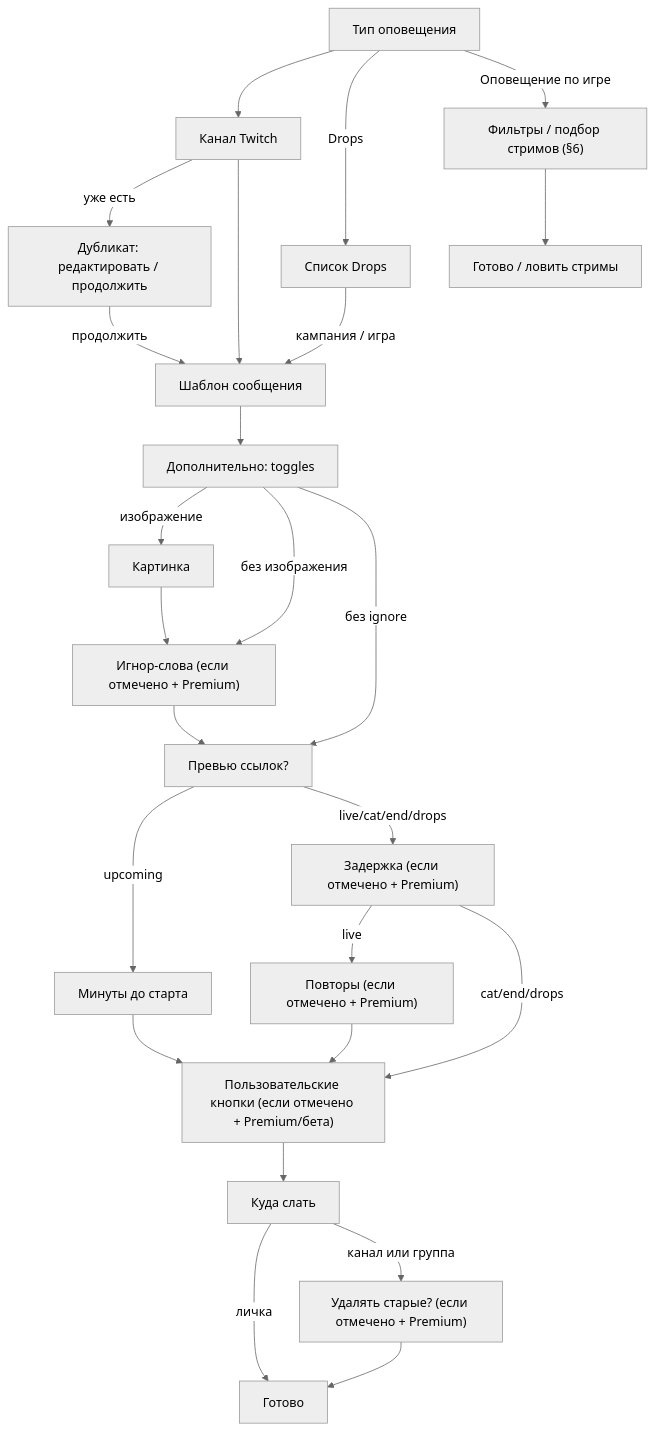
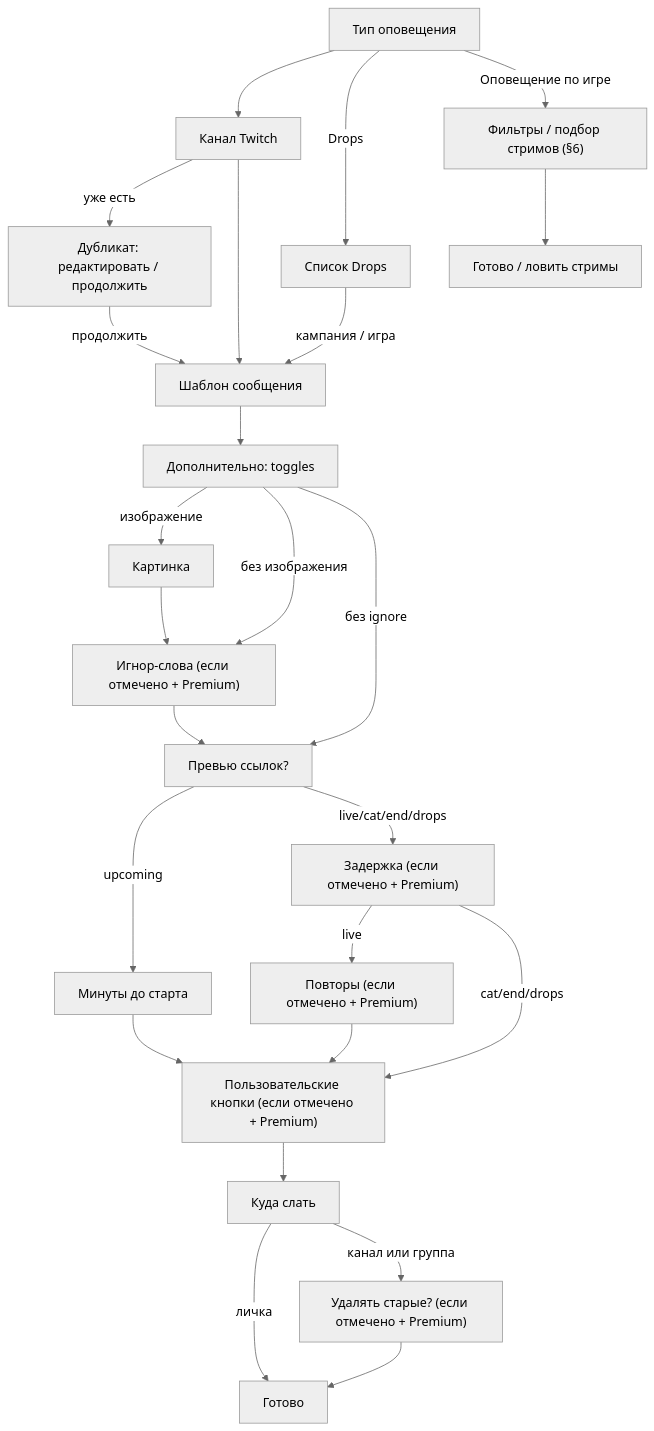
Before and after one commit to Marfa/twitch-telegram-bot: the second of 3 diagrams in docs/user-flow-map.ru.md, drawn with Mermaid (neutral theme). The commit also changed other lines of this file and 13 other files, not shown here.

````diff
--- a/docs/user-flow-map.ru.md
+++ b/docs/user-flow-map.ru.md
@@ -116,27 +116,27 @@
 ```mermaid
 flowchart TD
   AT["Тип оповещения"] --> CH["Канал Twitch"]
   AT -->|Drops| CAT["Список Drops"]
   AT -->|Оповещение по игре| WAT["Фильтры / подбор стримов (§6)"]
   CH -->|уже есть| DUP["Дубликат: редактировать / продолжить"]
   CH --> TPL["Шаблон сообщения"]
   CAT -->|кампания / игра| TPL
   DUP -->|продолжить| TPL
   TPL --> OPT["Дополнительно: toggles"]
   OPT -->|изображение| IMG["Картинка"]
   OPT -->|без изображения| IGN["Игнор-слова (если отмечено + Premium)"]
   IMG --> IGN
   IGN --> LP["Превью ссылок?"]
   OPT -->|без ignore| LP
   LP -->|upcoming| SRM["Минуты до старта"]
   LP -->|live/cat/end/drops| DL["Задержка (если отмечено + Premium)"]
   DL -->|live| RP["Повторы (если отмечено + Premium)"]
-  RP --> BTN["Пользовательские кнопки (если отмечено + Premium/бета)"]
+  RP --> BTN["Пользовательские кнопки (если отмечено + Premium)"]
   BTN --> DEST["Куда слать"]
   SRM --> BTN
   DL -->|cat/end/drops| BTN
   DEST -->|личка| DONE["Готово"]
   DEST -->|канал или группа| DEL["Удалять старые? (если отмечено + Premium)"]
   DEL --> DONE
   WAT --> ENDW["Готово / ловить стримы"]
 ```
````
